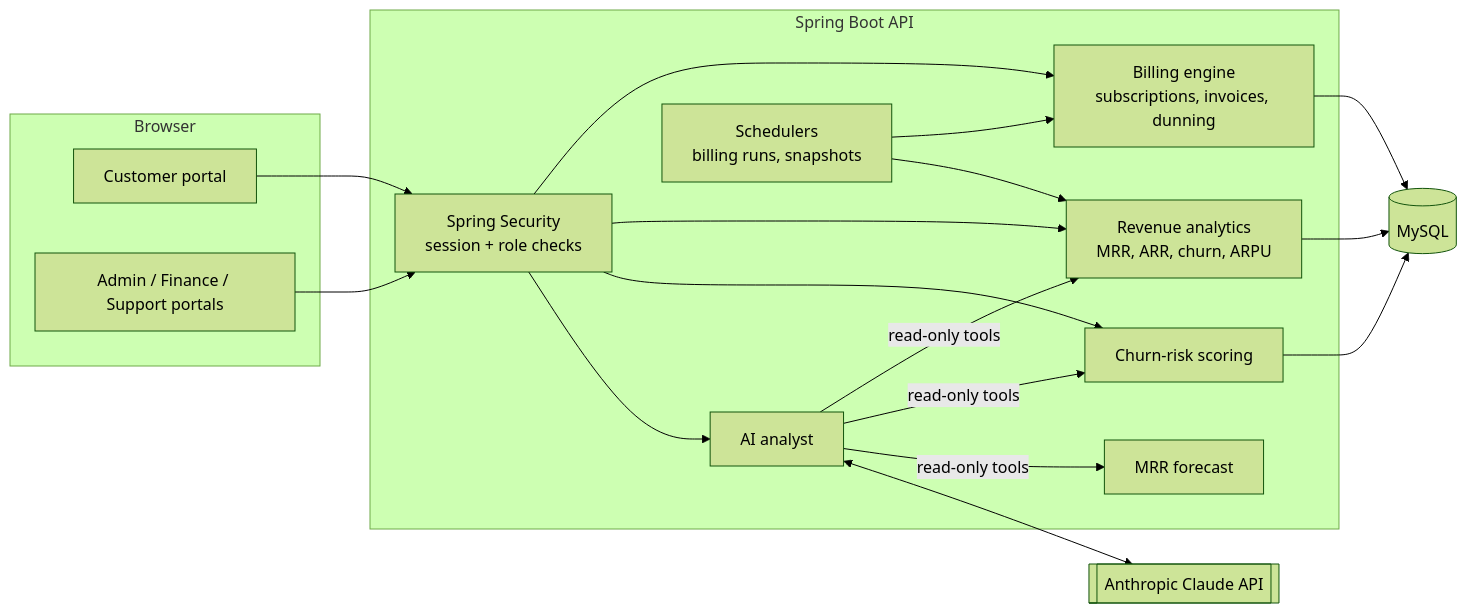
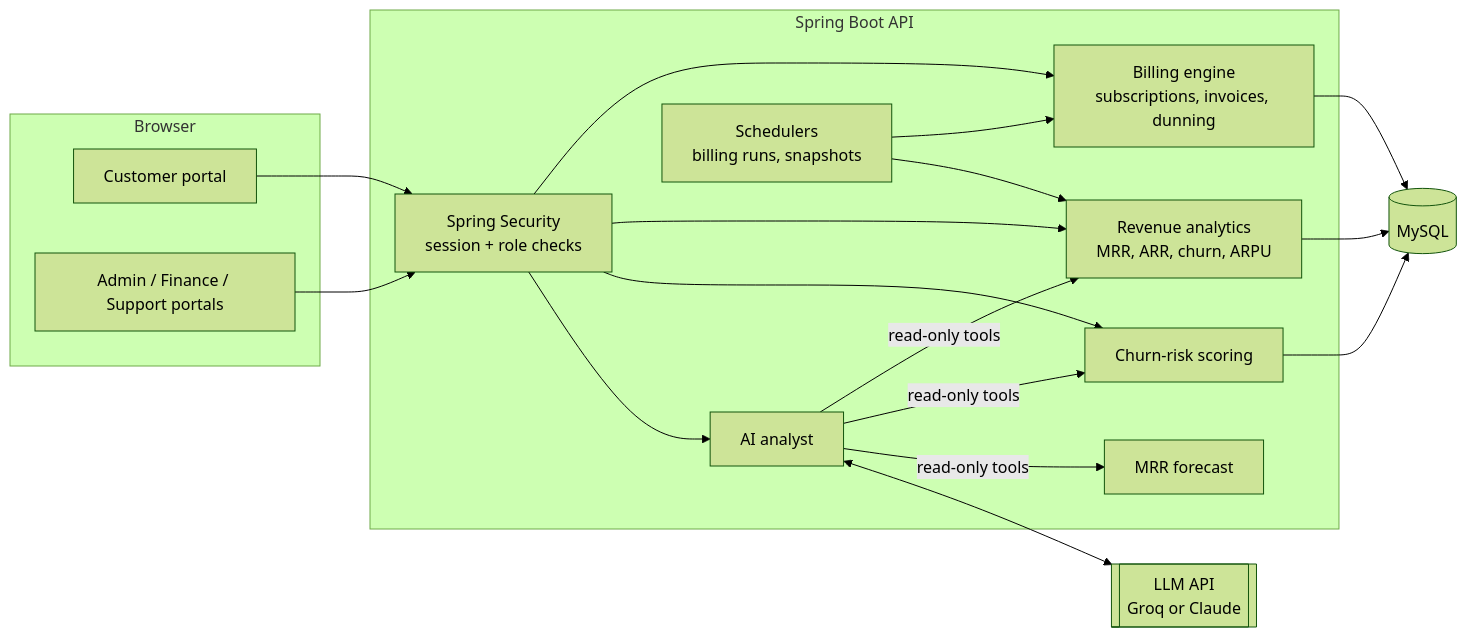
The diagram in README.md (chehakmiglani/recuriq), drawn with Mermaid (forest theme) before and after one commit. The commit also changed other lines of this file and 63 other files, not shown here.

````diff
--- a/README.md
+++ b/README.md
@@ -36,28 +36,28 @@
 ```mermaid
 flowchart LR
     subgraph Browser
         C["Customer portal"]
         S["Admin / Finance / Support portals"]
     end
     subgraph API["Spring Boot API"]
         SEC["Spring Security<br/>session + role checks"]
         BILL["Billing engine<br/>subscriptions, invoices, dunning"]
         ANA["Revenue analytics<br/>MRR, ARR, churn, ARPU"]
         RISK["Churn-risk scoring"]
         FC["MRR forecast"]
         AI["AI analyst"]
         SCHED["Schedulers<br/>billing runs, snapshots"]
     end
     DB[("MySQL")]
-    CLAUDE[["Anthropic Claude API"]]
+    LLM[["LLM API<br/>Groq or Claude"]]
 
     C --> SEC
     S --> SEC
     SEC --> BILL & ANA & RISK & AI
     BILL --> DB
     ANA --> DB
     RISK --> DB
     SCHED --> BILL & ANA
     AI -- read-only tools --> ANA & RISK & FC
-    AI <--> CLAUDE
+    AI <--> LLM
 ```
````
